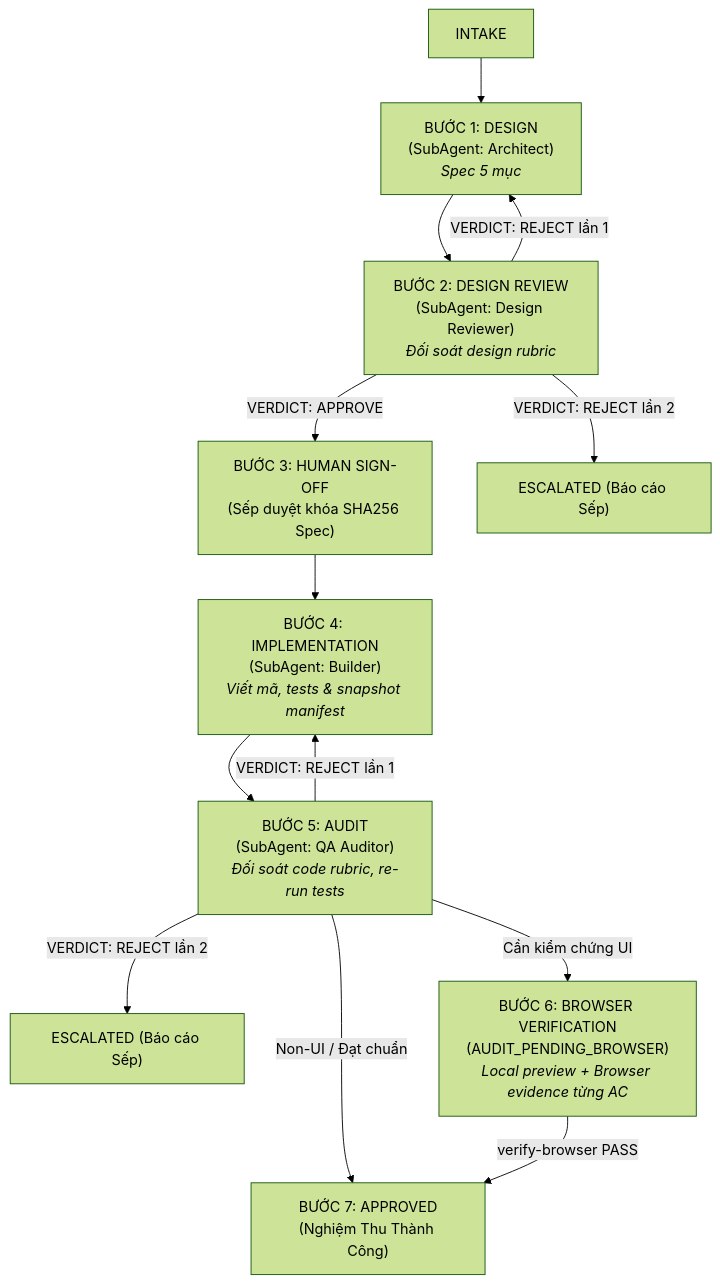
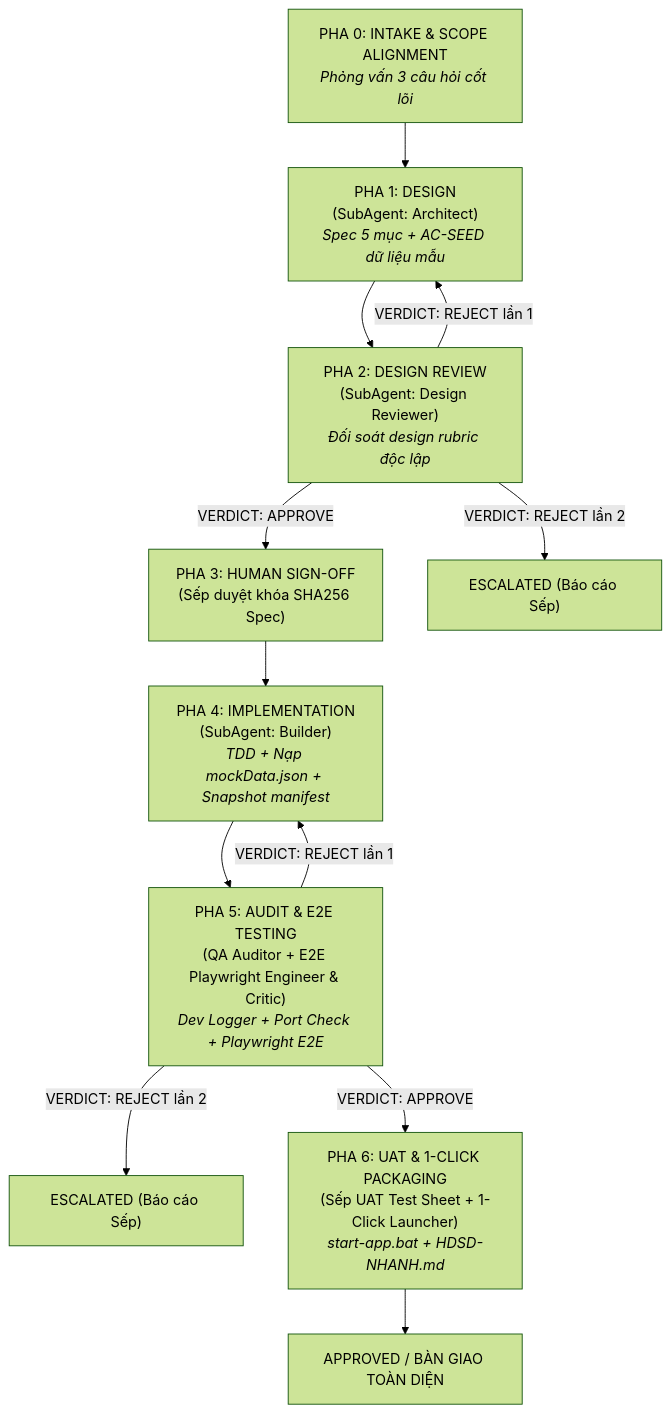
Before and after one commit to sumita-dev/Antigravity-Harness-HuB: the first of 2 diagrams in README.md, drawn with Mermaid (forest theme). The commit also changed other lines of this file and 13 other files, not shown here.

Commit message:
feat: upgrade full-lifecycle 7-phase harness with E2E Playwright, intake protocol, seed data, dev logger, and 1-click launcher

````diff
--- a/README.md
+++ b/README.md
@@ -111,15 +121,14 @@
 ```mermaid
 flowchart TD
-    A["INTAKE"] --> B["BƯỚC 1: DESIGN<br/>(SubAgent: Architect)<br/><i>Spec 5 mục</i>"]
-    B --> C["BƯỚC 2: DESIGN REVIEW<br/>(SubAgent: Design Reviewer)<br/><i>Đối soát design rubric</i>"]
-    C -->|"VERDICT: APPROVE"| D["BƯỚC 3: HUMAN SIGN-OFF<br/>(Sếp duyệt khóa SHA256 Spec)"]
+    A["PHA 0: INTAKE & SCOPE ALIGNMENT<br/><i>Phỏng vấn 3 câu hỏi cốt lõi</i>"] --> B["PHA 1: DESIGN<br/>(SubAgent: Architect)<br/><i>Spec 5 mục + AC-SEED dữ liệu mẫu</i>"]
+    B --> C["PHA 2: DESIGN REVIEW<br/>(SubAgent: Design Reviewer)<br/><i>Đối soát design rubric độc lập</i>"]
+    C -->|"VERDICT: APPROVE"| D["PHA 3: HUMAN SIGN-OFF<br/>(Sếp duyệt khóa SHA256 Spec)"]
     C -->|"VERDICT: REJECT lần 1"| B
     C -->|"VERDICT: REJECT lần 2"| ESC1["ESCALATED (Báo cáo Sếp)"]
-    D --> E["BƯỚC 4: IMPLEMENTATION<br/>(SubAgent: Builder)<br/><i>Viết mã, tests & snapshot manifest</i>"]
-    E --> F["BƯỚC 5: AUDIT<br/>(SubAgent: QA Auditor)<br/><i>Đối soát code rubric, re-run tests</i>"]
+    D --> E["PHA 4: IMPLEMENTATION<br/>(SubAgent: Builder)<br/><i>TDD + Nạp mockData.json + Snapshot manifest</i>"]
+    E --> F["PHA 5: AUDIT & E2E TESTING<br/>(QA Auditor + E2E Playwright Engineer & Critic)<br/><i>Dev Logger + Port Check + Playwright E2E</i>"]
     F -->|"VERDICT: REJECT lần 1"| E
     F -->|"VERDICT: REJECT lần 2"| ESC2["ESCALATED (Báo cáo Sếp)"]
-    F -->|"Cần kiểm chứng UI"| G["BƯỚC 6: BROWSER VERIFICATION<br/>(AUDIT_PENDING_BROWSER)<br/><i>Local preview + Browser evidence từng AC</i>"]
-    F -->|"Non-UI / Đạt chuẩn"| H["BƯỚC 7: APPROVED<br/>(Nghiệm Thu Thành Công)"]
-    G -->|"verify-browser PASS"| H
+    F -->|"VERDICT: APPROVE"| G["PHA 6: UAT & 1-CLICK PACKAGING<br/>(Sếp UAT Test Sheet + 1-Click Launcher)<br/><i>start-app.bat + HDSD-NHANH.md</i>"]
+    G --> H["APPROVED / BÀN GIAO TOÀN DIỆN"]
 ```
````
